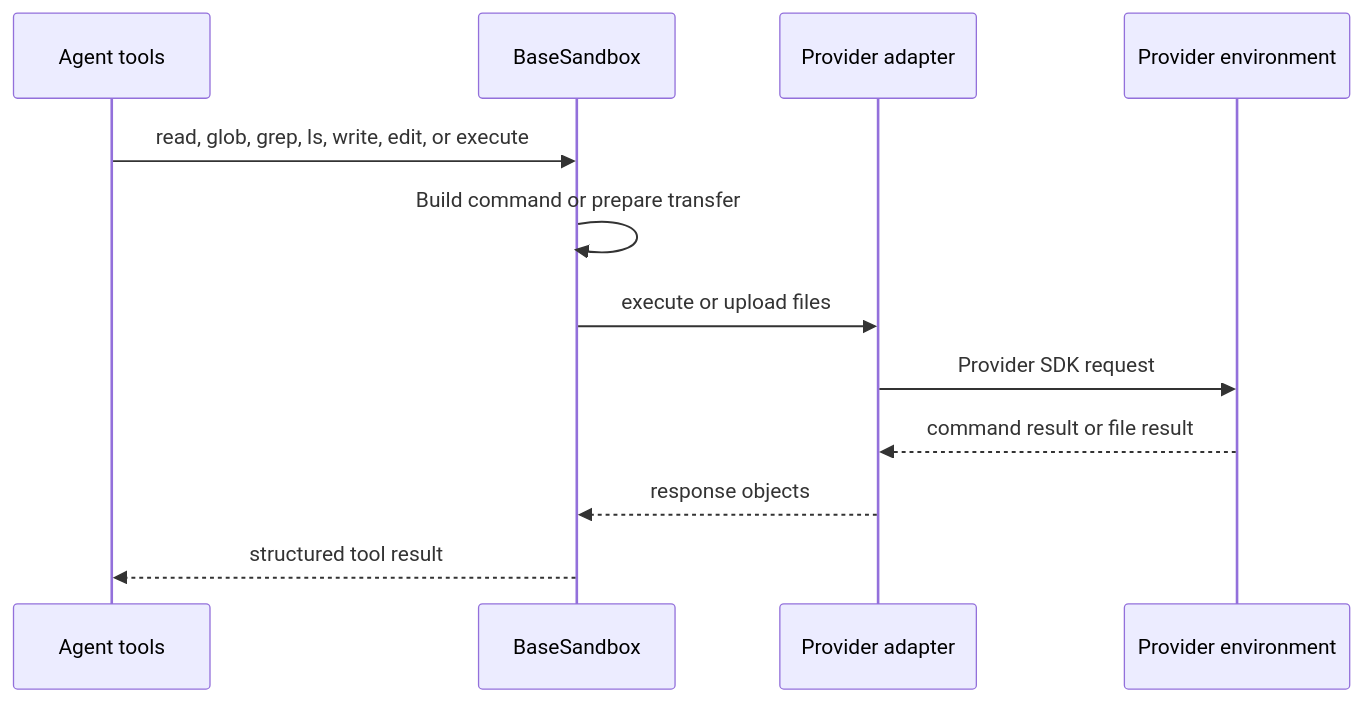
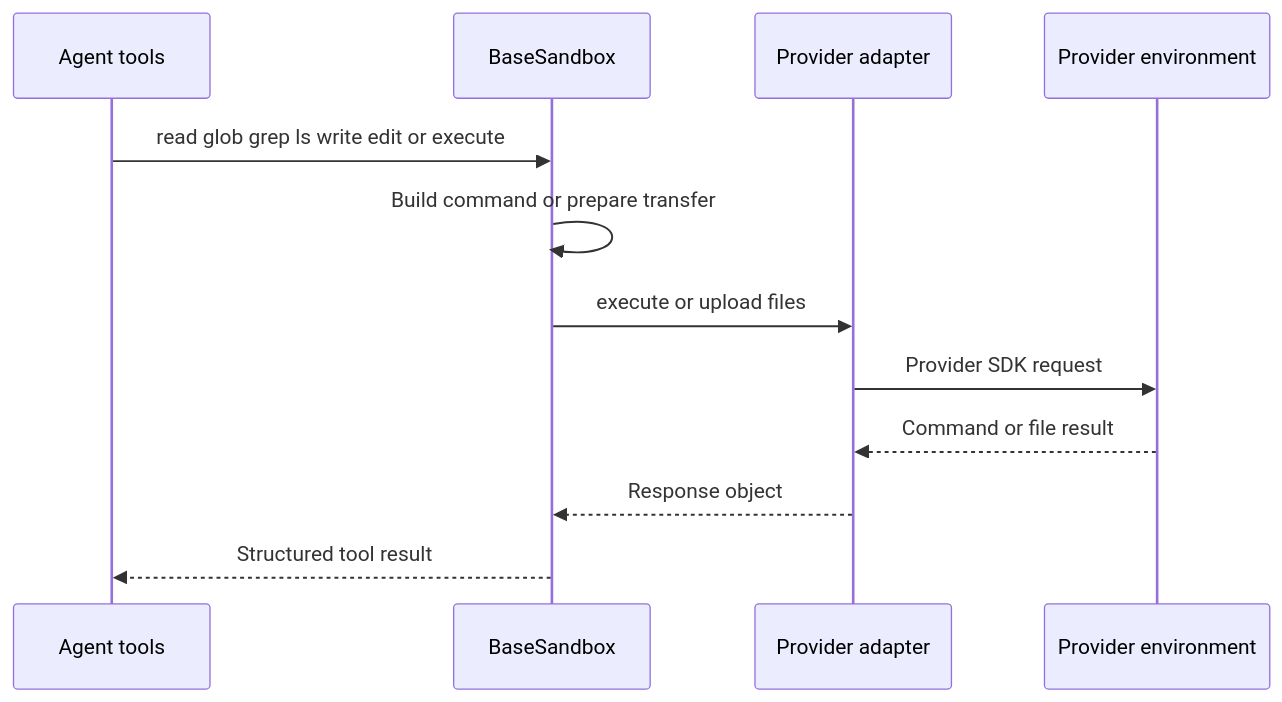
Before and after one commit to jkennedyvz/deepagents: the first of 2 diagrams in openwiki/integrations/sandbox-partners.md, drawn with Mermaid. The commit also changed other lines of this file and 63 other files, not shown here.

````diff
--- a/openwiki/integrations/sandbox-partners.md
+++ b/openwiki/integrations/sandbox-partners.md
@@ -57,15 +65,15 @@
 ```mermaid
 sequenceDiagram
     participant Agent as Agent tools
     participant Base as BaseSandbox
     participant Adapter as Provider adapter
-    participant Env as Provider environment
+    participant Environment as Provider environment
 
-    Agent->>Base: read, glob, grep, ls, write, edit, or execute
+    Agent->>Base: read glob grep ls write edit or execute
     Base->>Base: Build command or prepare transfer
     Base->>Adapter: execute or upload files
-    Adapter->>Env: Provider SDK request
-    Env-->>Adapter: command result or file result
-    Adapter-->>Base: response objects
-    Base-->>Agent: structured tool result
+    Adapter->>Environment: Provider SDK request
+    Environment-->>Adapter: Command or file result
+    Adapter-->>Base: Response object
+    Base-->>Agent: Structured tool result
 ```
````
